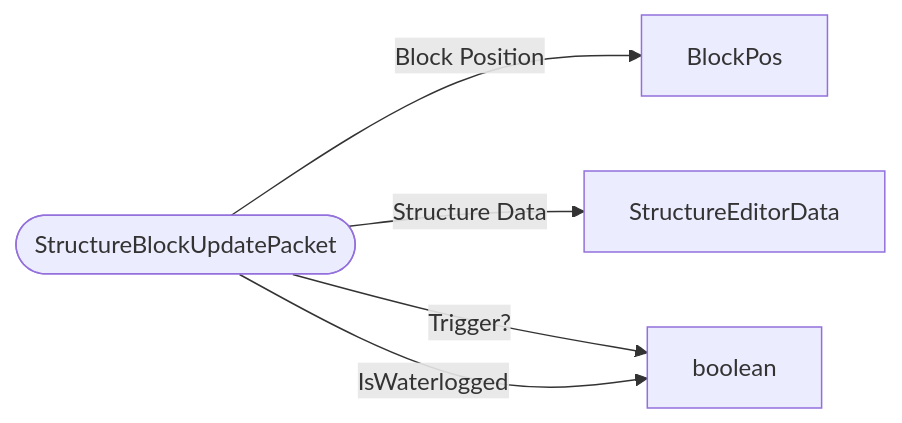
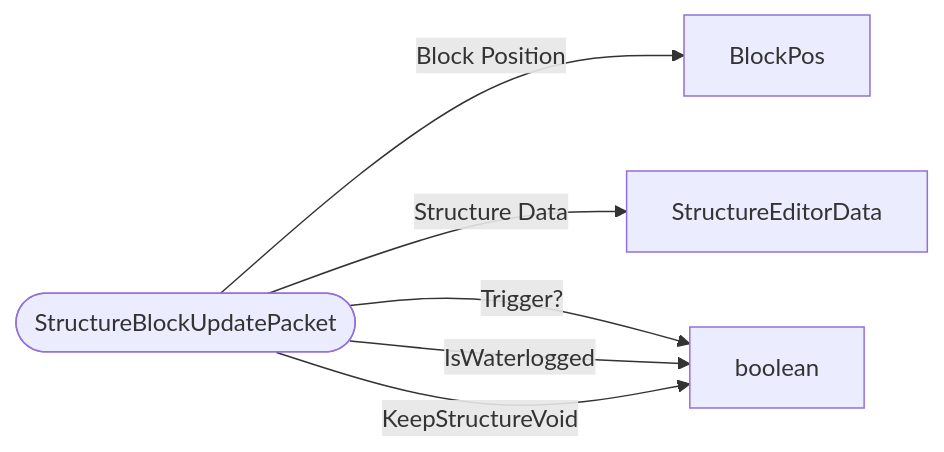
Before and after one commit to bedrock-v/protocol-docs: the diagram in schemas/packets/StructureBlockUpdatePacket.md, drawn with Mermaid. The commit also changed 39 other files, not shown here.

````diff
--- a/schemas/packets/StructureBlockUpdatePacket.md
+++ b/schemas/packets/StructureBlockUpdatePacket.md
@@ -7,8 +7,9 @@
 ```mermaid
 flowchart LR
   ROOT(["StructureBlockUpdatePacket"])
   ROOT -->|"Block Position"| BlockPos["BlockPos"]
   ROOT -->|"Structure Data"| StructureEditorData["StructureEditorData"]
   ROOT -->|"Trigger?"| boolean["boolean"]
   ROOT -->|"IsWaterlogged"| boolean["boolean"]
+  ROOT -->|"KeepStructureVoid"| boolean["boolean"]
 ```
````
